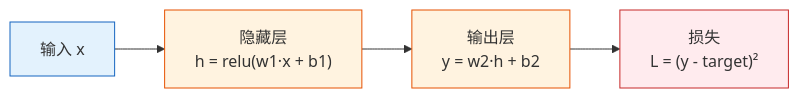
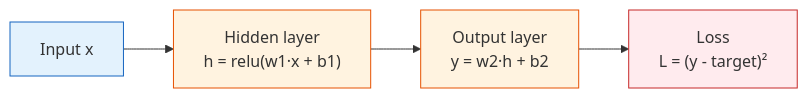
One commit to oudbiao/AI-fullstack-course changed the second of 4 diagrams in docs/ch04-ai-math/ch03-calculus/04-chain-rule-backprop.md. Above: the diagram before and after it, drawn with Mermaid. The commit also changed other lines of this file and 1406 other files, not shown here.

````diff
--- a/docs/ch04-ai-math/ch03-calculus/04-chain-rule-backprop.md
+++ b/docs/ch04-ai-math/ch03-calculus/04-chain-rule-backprop.md
@@ -165,11 +164,11 @@
 ```mermaid
 flowchart LR
-    X["输入 x"] --> H["隐藏层<br/>h = relu(w1·x + b1)"]
-    H --> O["输出层<br/>y = w2·h + b2"]
-    O --> L["损失<br/>L = (y - target)²"]
+    X["Input x"] --> H["Hidden layer<br/>h = relu(w1·x + b1)"]
+    H --> O["Output layer<br/>y = w2·h + b2"]
+    O --> L["Loss<br/>L = (y - target)²"]
 
     style X fill:#e3f2fd,stroke:#1565c0,color:#333
     style H fill:#fff3e0,stroke:#e65100,color:#333
     style O fill:#fff3e0,stroke:#e65100,color:#333
     style L fill:#ffebee,stroke:#c62828,color:#333
 ```
````
